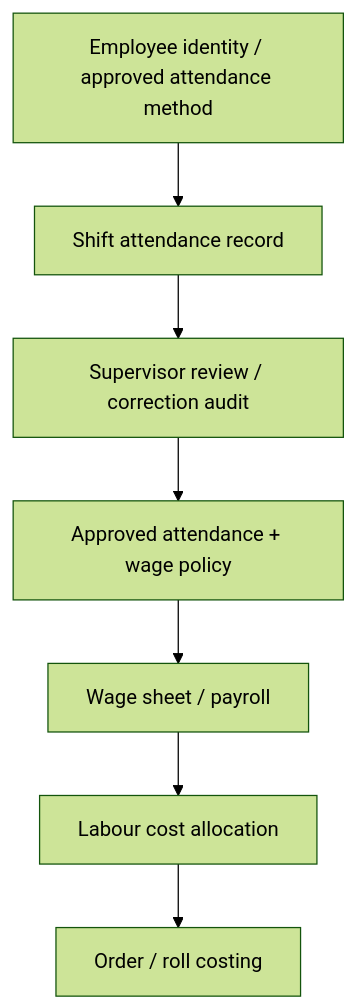
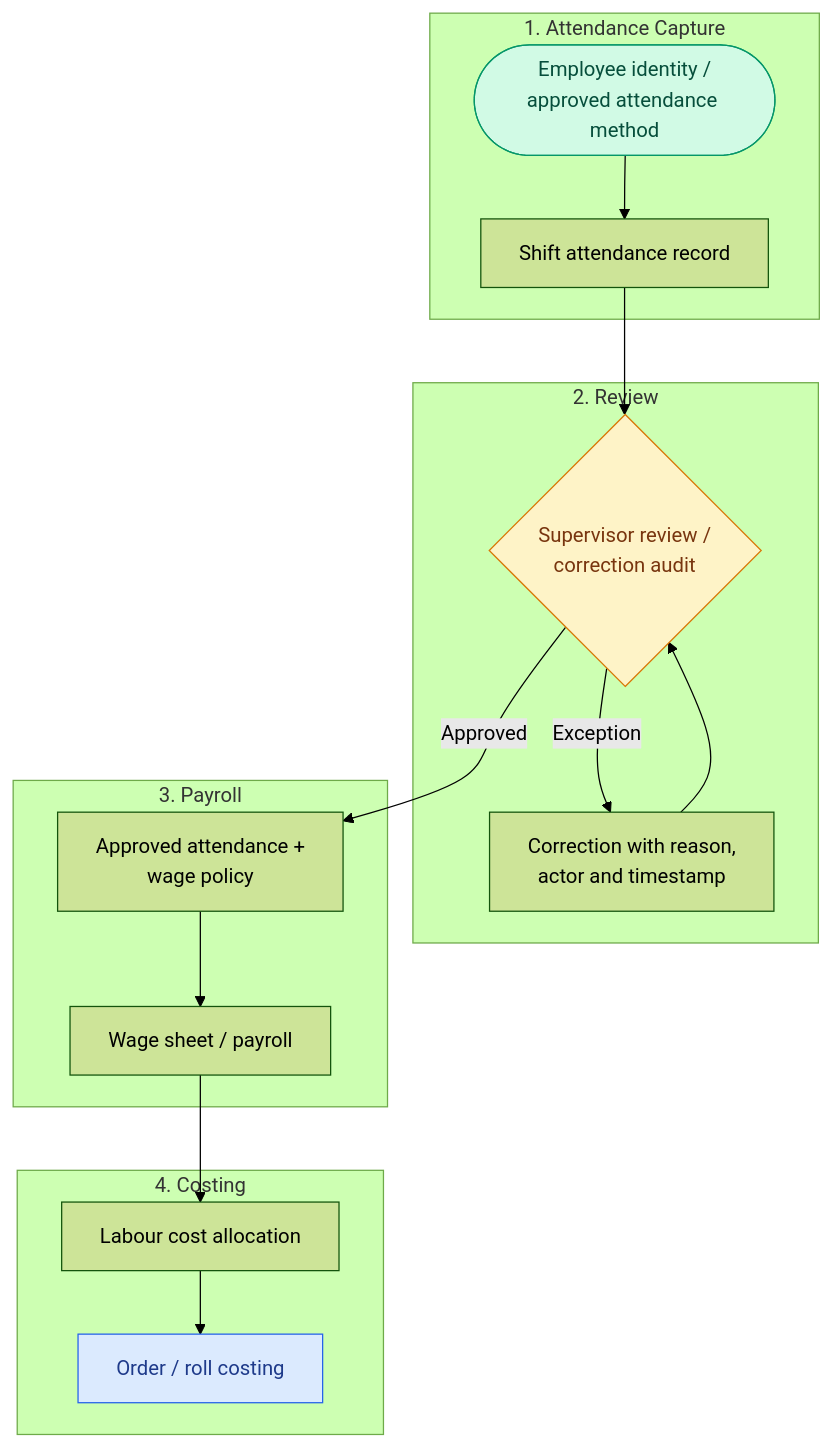
Before and after one commit to Shreya1083/TextileManagement: the second of 19 diagrams in README.md, drawn with Mermaid (forest theme). The commit also changed other lines of this file, not shown here.

````diff
--- a/README.md
+++ b/README.md
@@ -149,9 +183,31 @@
 ```mermaid
 flowchart TD
-    W1["Employee identity / approved attendance method"] --> W2["Shift attendance record"]
-    W2 --> W3["Supervisor review / correction audit"]
-    W3 --> W4["Approved attendance + wage policy"]
-    W4 --> W5["Wage sheet / payroll"]
-    W5 --> W6["Labour cost allocation"]
-    W6 --> W7["Order / roll costing"]
+    subgraph CAP["1. Attendance Capture"]
+        W1([Employee identity /<br/>approved attendance method]) --> W2[Shift attendance record]
+    end
+
+    subgraph REV["2. Review"]
+        W3{Supervisor review /<br/>correction audit}
+        W3 -- Exception --> WC[Correction with reason,<br/>actor and timestamp]
+        WC --> W3
+    end
+
+    subgraph PAY["3. Payroll"]
+        W4[Approved attendance +<br/>wage policy] --> W5[Wage sheet / payroll]
+    end
+
+    subgraph COST["4. Costing"]
+        W6[Labour cost allocation] --> W7[Order / roll costing]
+    end
+
+    W2 --> W3
+    W3 -- Approved --> W4
+    W5 --> W6
+
+    classDef start fill:#d1fae5,stroke:#059669,color:#064e3b
+    classDef decision fill:#fef3c7,stroke:#d97706,color:#78350f
+    classDef done fill:#dbeafe,stroke:#2563eb,color:#1e3a8a
+    class W1 start
+    class W3 decision
+    class W7 done
 ```
````
